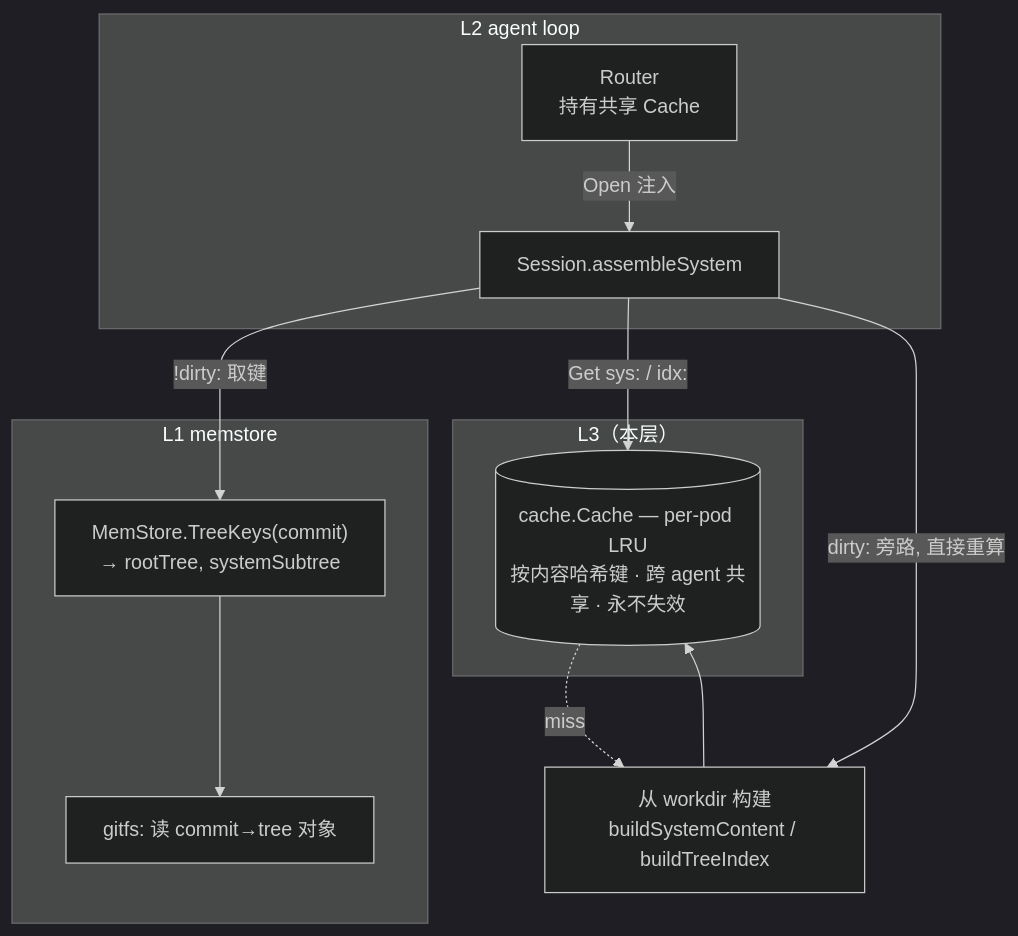
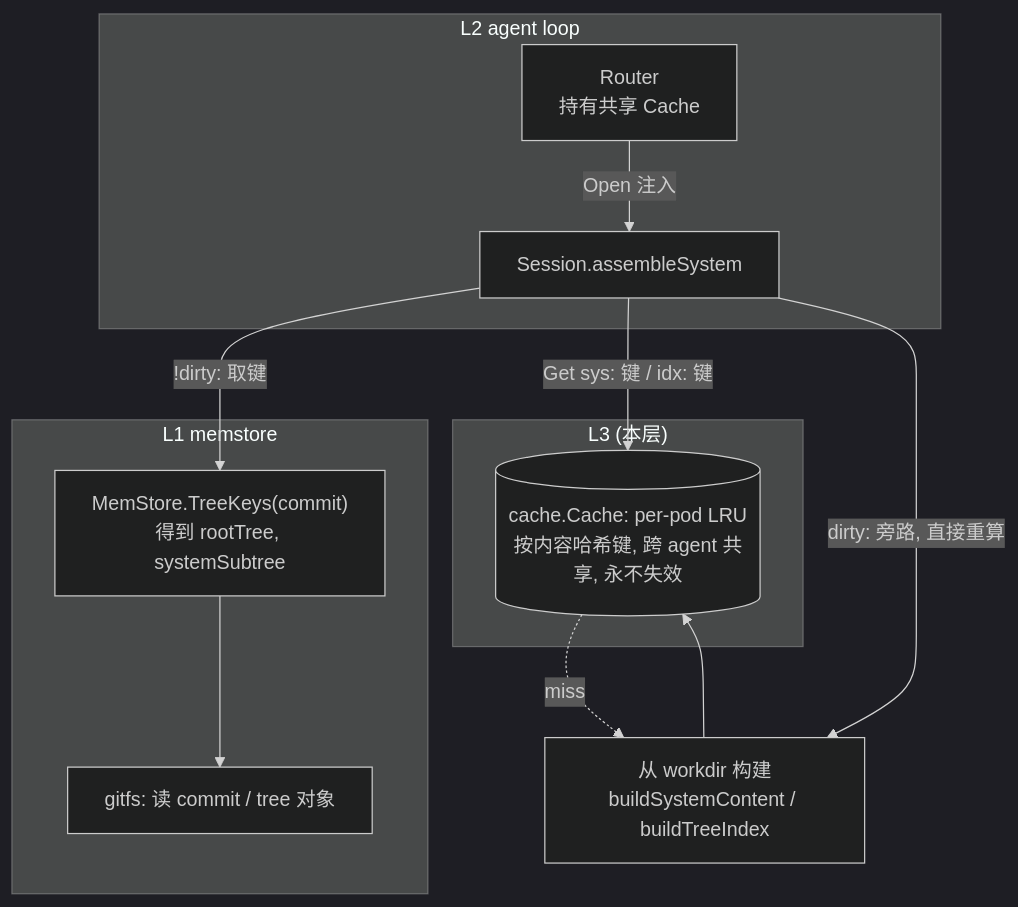
The first of 2 diagrams in docs/superpowers/specs/2026-06-22-engram-l3-read-cache-design.md (ssyhape-pixel/engram), drawn with Mermaid (dark theme) before and after one commit.

Commit message:
docs(L3): fix §3.1 mermaid (drop angle brackets, use <br/>)

````diff
--- a/docs/superpowers/specs/2026-06-22-engram-l3-read-cache-design.md
+++ b/docs/superpowers/specs/2026-06-22-engram-l3-read-cache-design.md
@@ -40,21 +40,21 @@
 ```mermaid
 flowchart TB
-  subgraph L3["L3（本层）"]
-    Cache[("cache.Cache — per-pod LRU\n按内容哈希键 · 跨 agent 共享 · 永不失效")]
+  subgraph L3["L3 (本层)"]
+    Cache[("cache.Cache: per-pod LRU<br/>按内容哈希键, 跨 agent 共享, 永不失效")]
   end
   subgraph L2["L2 agent loop"]
-    Router["Router\n持有共享 Cache"]
+    Router["Router<br/>持有共享 Cache"]
     Session["Session.assembleSystem"]
   end
   subgraph L1["L1 memstore"]
-    TreeKeys["MemStore.TreeKeys(commit)\n→ rootTree, systemSubtree"]
-    gitfs["gitfs: 读 commit→tree 对象"]
+    TreeKeys["MemStore.TreeKeys(commit)<br/>得到 rootTree, systemSubtree"]
+    gitfs["gitfs: 读 commit / tree 对象"]
   end
-  Router -->|Open 注入| Session
+  Router -->|"Open 注入"| Session
   Session -->|"!dirty: 取键"| TreeKeys
   TreeKeys --> gitfs
-  Session -->|"Get sys:<systemSubtree> / idx:<rootTree>"| Cache
-  Cache -. miss .-> Build["从 workdir 构建\nbuildSystemContent / buildTreeIndex"]
+  Session -->|"Get sys: 键 / idx: 键"| Cache
+  Cache -. miss .-> Build["从 workdir 构建<br/>buildSystemContent / buildTreeIndex"]
   Build --> Cache
   Session -->|"dirty: 旁路, 直接重算"| Build
 ```
````
